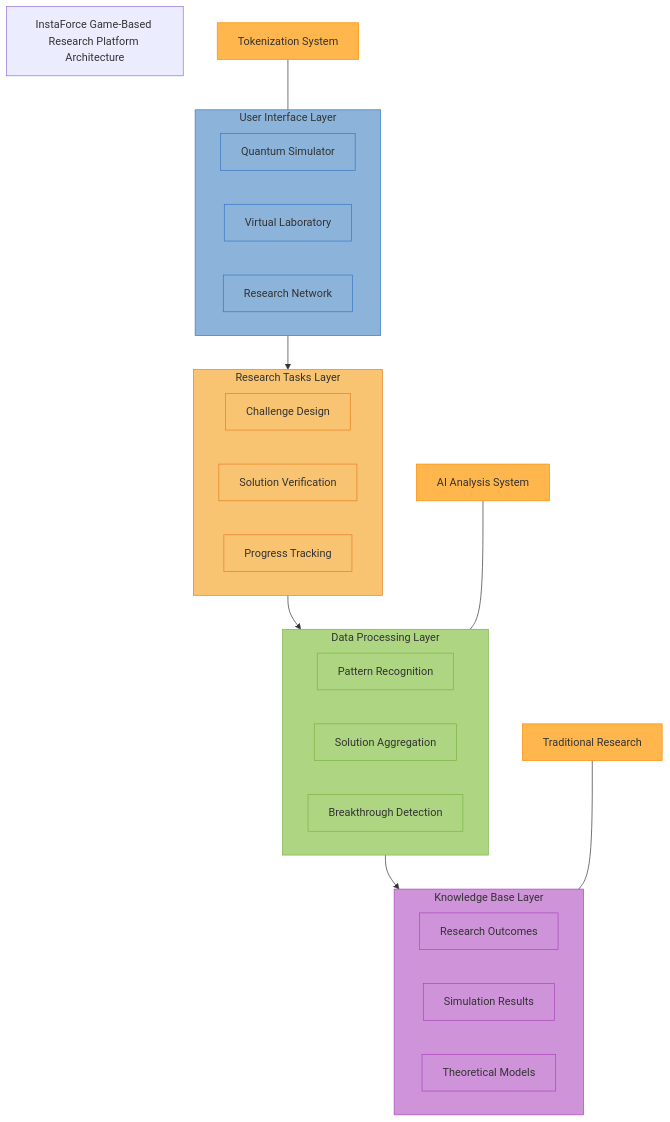
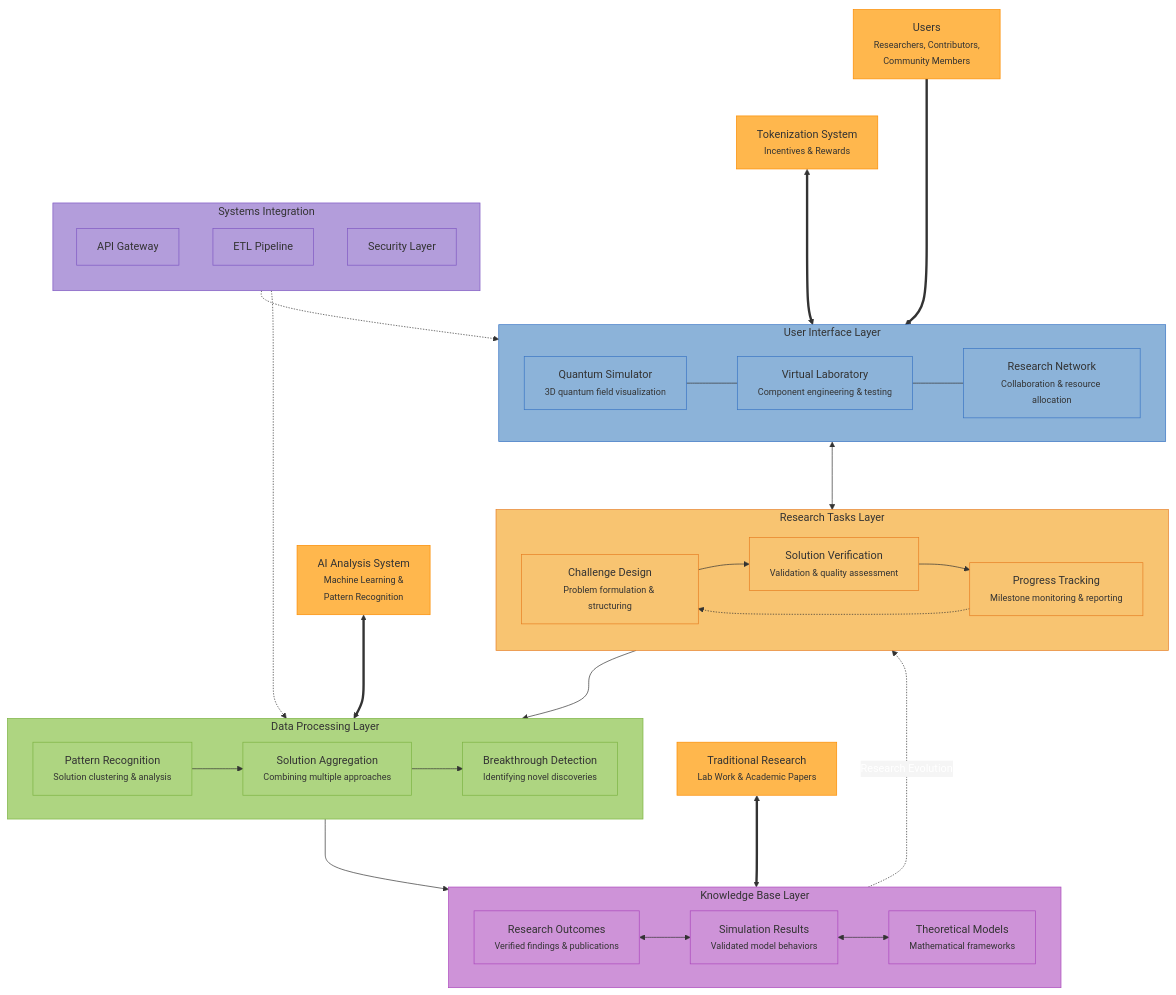
Before and after one commit to szemkoff/azurespacegroup: the diagram in docs/research-documentation/game-based-research-platform.md, drawn with Mermaid. The commit also changed other lines of this file, not shown here.

Commit message:
Update game-based research platform diagram to V2 with enhanced visualization

````diff
--- a/docs/research-documentation/game-based-research-platform.md
+++ b/docs/research-documentation/game-based-research-platform.md
@@ -27,49 +27,82 @@
 ```mermaid
+%%{init: { 'theme': 'base', 'themeVariables': { 'primaryColor': '#2a76d2', 'primaryTextColor': '#ffffff', 'primaryBorderColor': '#1d5cad', 'lineColor': '#333333', 'secondaryColor': '#f5f5f5', 'tertiaryColor': '#f5f5f5' } } }%%
 flowchart TD
-    title["InstaForce Game-Based Research Platform Architecture"]
+    title["InstaForce Game-Based Research Platform Architecture V2"]
     
     subgraph UILayer["User Interface Layer"]
-        UI1["Quantum Simulator"]
-        UI2["Virtual Laboratory"]
-        UI3["Research Network"]
+        direction LR
+        UI1["Quantum Simulator<br><small>3D quantum field visualization</small>"]
+        UI2["Virtual Laboratory<br><small>Component engineering & testing</small>"]
+        UI3["Research Network<br><small>Collaboration & resource allocation</small>"]
+        
+        UI1 --- UI2
+        UI2 --- UI3
     end
     
     subgraph ResearchLayer["Research Tasks Layer"]
-        RT1["Challenge Design"]
-        RT2["Solution Verification"]
-        RT3["Progress Tracking"]
+        direction LR
+        RT1["Challenge Design<br><small>Problem formulation & structuring</small>"]
+        RT2["Solution Verification<br><small>Validation & quality assessment</small>"]
+        RT3["Progress Tracking<br><small>Milestone monitoring & reporting</small>"]
+        
+        RT1 --> RT2 --> RT3 -.-> RT1
     end
     
     subgraph DataLayer["Data Processing Layer"]
-        DP1["Pattern Recognition"]
-        DP2["Solution Aggregation"]
-        DP3["Breakthrough Detection"]
+        direction LR
+        DP1["Pattern Recognition<br><small>Solution clustering & analysis</small>"]
+        DP2["Solution Aggregation<br><small>Combining multiple approaches</small>"]
+        DP3["Breakthrough Detection<br><small>Identifying novel discoveries</small>"]
+        
+        DP1 --> DP2 --> DP3
     end
     
     subgraph KnowledgeLayer["Knowledge Base Layer"]
-        KB1["Research Outcomes"]
-        KB2["Simulation Results"]
-        KB3["Theoretical Models"]
+        direction LR
+        KB1["Research Outcomes<br><small>Verified findings & publications</small>"]
+        KB2["Simulation Results<br><small>Validated model behaviors</small>"]
+        KB3["Theoretical Models<br><small>Mathematical frameworks</small>"]
+        
+        KB1 <--> KB2 <--> KB3
     end
     
-    UILayer --> ResearchLayer
-    ResearchLayer --> DataLayer
-    DataLayer --> KnowledgeLayer
+    %% Main flow connections with feedback loops
+    UILayer <---> ResearchLayer
+    ResearchLayer ---> DataLayer
+    DataLayer ---> KnowledgeLayer
+    KnowledgeLayer -.-> |"Research Evolution"| ResearchLayer
     
-    %% External System Connections
-    TokenSystem["Tokenization System"] --- UILayer
-    AI["AI Analysis System"] --- DataLayer
-    Research["Traditional Research"] --- KnowledgeLayer
+    %% External System Connections with details
+    User["Users<br><small>Researchers, Contributors,<br>Community Members</small>"] ====> UILayer
+    TokenSystem["Tokenization System<br><small>Incentives & Rewards</small>"] <===> UILayer
+    AI["AI Analysis System<br><small>Machine Learning &<br>Pattern Recognition</small>"] <===> DataLayer
+    Research["Traditional Research<br><small>Lab Work & Academic Papers</small>"] <===> KnowledgeLayer
     
-    classDef uiClass fill:#8cb3d9,stroke:#3a75c4,color:#333
-    classDef researchClass fill:#f8c471,stroke:#e67e22,color:#333
-    classDef dataClass fill:#aed581,stroke:#7cb342,color:#333
-    classDef knowledgeClass fill:#ce93d8,stroke:#ab47bc,color:#333
-    classDef externalClass fill:#ffb74d,stroke:#fb8c00,color:#333
+    %% Systems Integration
+    subgraph Integration["Systems Integration"]
+        direction TB
+        API["API Gateway"]
+        ETL["ETL Pipeline"]
+        Security["Security Layer"]
+    end
     
+    Integration -.-> UILayer
+    Integration -.-> DataLayer
+    
+    %% Styling classes
+    classDef uiClass fill:#8cb3d9,stroke:#3a75c4,color:#333,rounded
+    classDef researchClass fill:#f8c471,stroke:#e67e22,color:#333,rounded
+    classDef dataClass fill:#aed581,stroke:#7cb342,color:#333,rounded
+    classDef knowledgeClass fill:#ce93d8,stroke:#ab47bc,color:#333,rounded
+    classDef externalClass fill:#ffb74d,stroke:#fb8c00,color:#333,rounded
+    classDef integrationClass fill:#b39ddb,stroke:#7e57c2,color:#333,rounded
+    classDef titleClass font-size:18px,fill:none,stroke:none
+    
+    class title titleClass
     class UILayer,UI1,UI2,UI3 uiClass
     class ResearchLayer,RT1,RT2,RT3 researchClass
     class DataLayer,DP1,DP2,DP3 dataClass
     class KnowledgeLayer,KB1,KB2,KB3 knowledgeClass
-    class TokenSystem,AI,Research externalClass
+    class TokenSystem,AI,Research,User externalClass
+    class Integration,API,ETL,Security integrationClass
 ```
````
